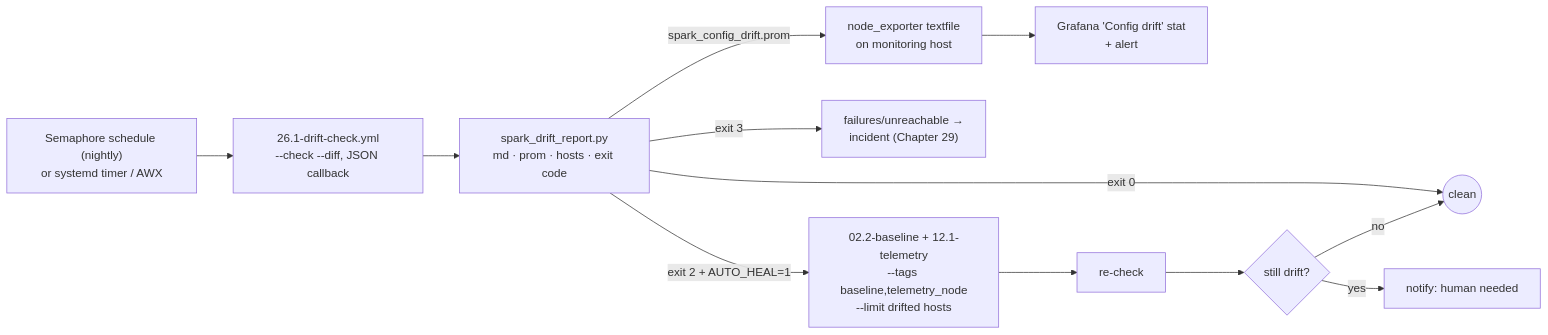
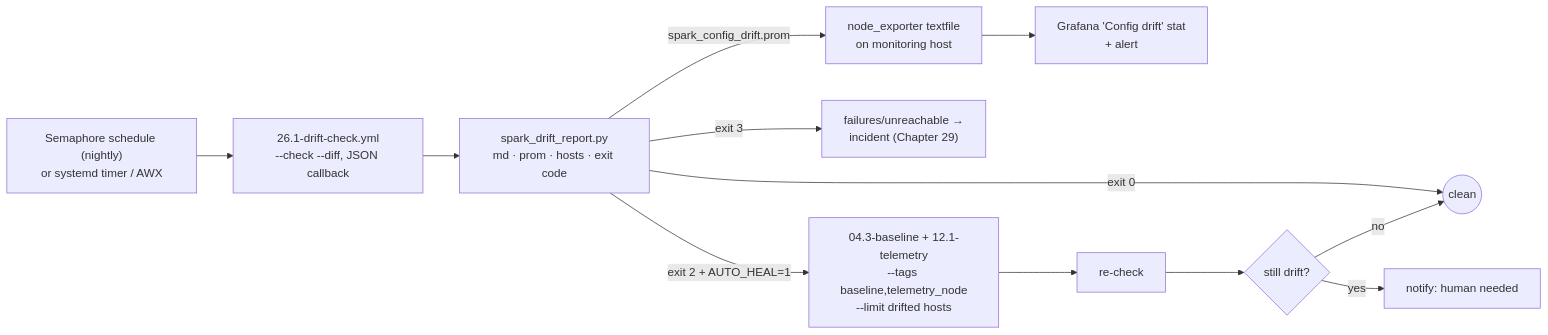
One commit to cloudone365/technical-depth changed the diagram in 01-Ansible/26-drift-detection-and-self-healing.md. Above: the diagram before and after it, drawn with Mermaid. The commit also changed other lines of this file and 36 other files, not shown here.

````diff
--- a/01-Ansible/26-drift-detection-and-self-healing.md
+++ b/01-Ansible/26-drift-detection-and-self-healing.md
@@ -27,12 +27,12 @@
 ```mermaid
 flowchart LR
   T["Semaphore schedule (nightly)<br/>or systemd timer / AWX"] --> C["26.1-drift-check.yml<br/>--check --diff, JSON callback"]
   C --> R["spark_drift_report.py<br/>md · prom · hosts · exit code"]
   R -->|"spark_config_drift.prom"| NE["node_exporter textfile<br/>on monitoring host"] --> G["Grafana 'Config drift' stat<br/>+ alert"]
   R -->|exit 0| OK((clean))
   R -->|exit 3| INC["failures/unreachable →<br/>incident (Chapter 29)"]
-  R -->|"exit 2 + AUTO_HEAL=1"| H["02.2-baseline + 12.1-telemetry<br/>--tags baseline,telemetry_node<br/>--limit drifted hosts"]
+  R -->|"exit 2 + AUTO_HEAL=1"| H["04.3-baseline + 12.1-telemetry<br/>--tags baseline,telemetry_node<br/>--limit drifted hosts"]
   H --> C2["re-check"] --> R2{"still drift?"}
   R2 -->|yes| TKT["notify: human needed"]
   R2 -->|no| OK
 ```
````
